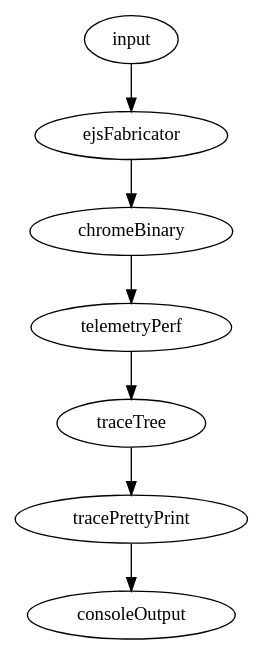
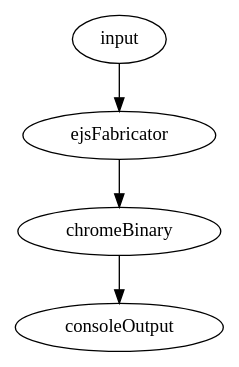
Before and after one commit to googlearchive/erlnmyr: the diagram in chromeBinary.dot, drawn with Graphviz. The commit also changed 2 other files, not shown here.

Commit message:
Change to phases

```diff
--- a/chromeBinary.dot
+++ b/chromeBinary.dot
@@ -1,11 +1,10 @@
 digraph chromeBinaryTest {
 
-  import="['./lib/chrome-binary-phases.js']"
+  imports="['./lib/chrome-binary-phases.js', './lib/trace-phases.js']"
 
   input [data="/usr/local/google/home/soonm/tree-builder-builder/example.ejs"]
   chromeBinary [version="323860", chromium="/usr/local/google/home/soonm/chromium/src", platform="linux"]
-  telemetryPerf [chromium="/usr/local/google/home/soonm/chromium/src", browser="system", perfBrowser="system"]
 
-  input -> ejsFabricator -> chromeBinary -> telemetryPerf -> traceTree -> tracePrettyPrint -> consoleOutput;
+  input -> ejsFabricator -> chromeBinary -> consoleOutput;
 
 }
```
